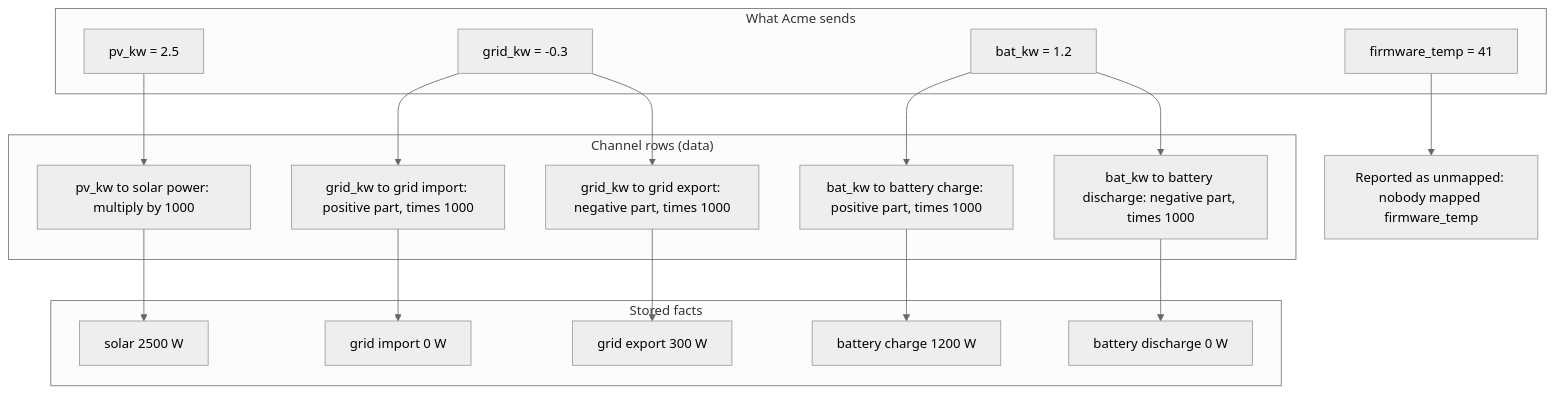
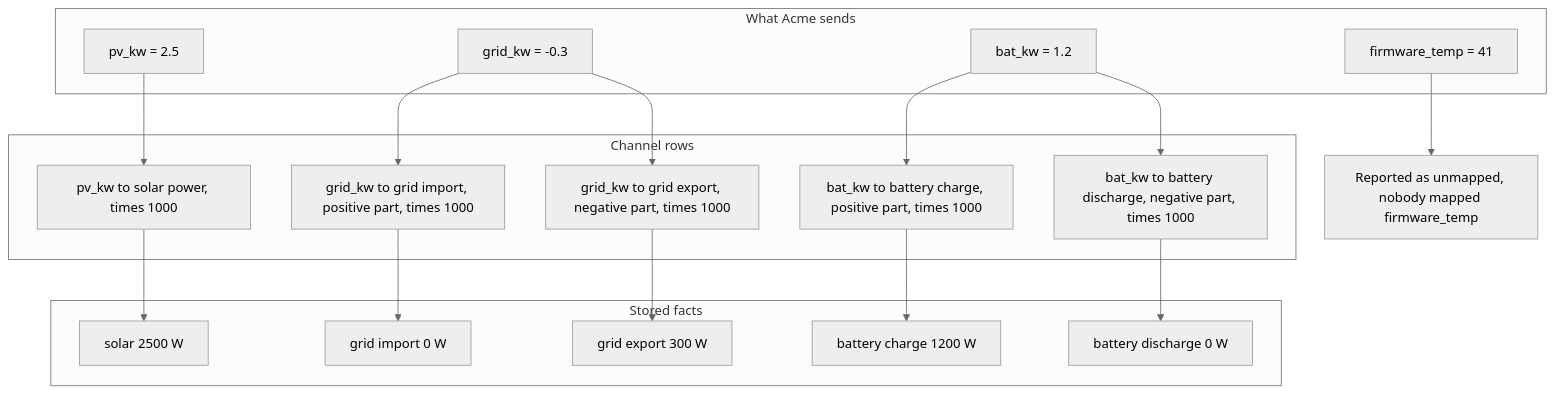
Before and after one commit to sshahriazz/energiebee-core-prototype: the third of 3 diagrams in docs/provider-to-slot-guide.md, drawn with Mermaid (neutral theme). The commit also changed other lines of this file and 1 other file, not shown here.

Commit message:
Docs: plain overview diagrams that render in more viewers (no cylinders, colons or parentheses in titles)

````diff
--- a/docs/provider-to-slot-guide.md
+++ b/docs/provider-to-slot-guide.md
@@ -219,34 +230,39 @@
 ```mermaid
 flowchart TB
   subgraph ACME["What Acme sends"]
     a1["pv_kw = 2.5"]
     a2["grid_kw = -0.3"]
     a3["bat_kw = 1.2"]
     a4["firmware_temp = 41"]
   end
 
-  subgraph CHAN["Channel rows (data)"]
-    c1["pv_kw to solar power: multiply by 1000"]
-    c2["grid_kw to grid import: positive part, times 1000"]
-    c3["grid_kw to grid export: negative part, times 1000"]
-    c4["bat_kw to battery charge: positive part, times 1000"]
-    c5["bat_kw to battery discharge: negative part, times 1000"]
+  subgraph CHAN["Channel rows"]
+    c1["pv_kw to solar power, times 1000"]
+    c2["grid_kw to grid import, positive part, times 1000"]
+    c3["grid_kw to grid export, negative part, times 1000"]
+    c4["bat_kw to battery charge, positive part, times 1000"]
+    c5["bat_kw to battery discharge, negative part, times 1000"]
   end
 
   subgraph FACTS["Stored facts"]
     f1["solar 2500 W"]
     f2["grid import 0 W"]
     f3["grid export 300 W"]
     f4["battery charge 1200 W"]
     f5["battery discharge 0 W"]
   end
 
-  R["Reported as unmapped: nobody mapped firmware_temp"]
+  R["Reported as unmapped, nobody mapped firmware_temp"]
 
-  a1 --> c1 --> f1
-  a2 --> c2 --> f2
-  a2 --> c3 --> f3
-  a3 --> c4 --> f4
-  a3 --> c5 --> f5
+  a1 --> c1
+  c1 --> f1
+  a2 --> c2
+  c2 --> f2
+  a2 --> c3
+  c3 --> f3
+  a3 --> c4
+  c4 --> f4
+  a3 --> c5
+  c5 --> f5
   a4 --> R
 ```
````
